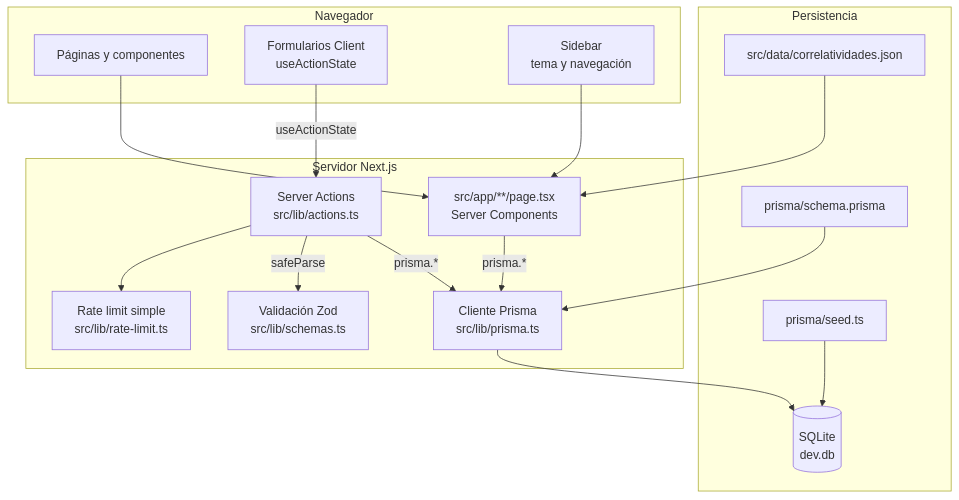
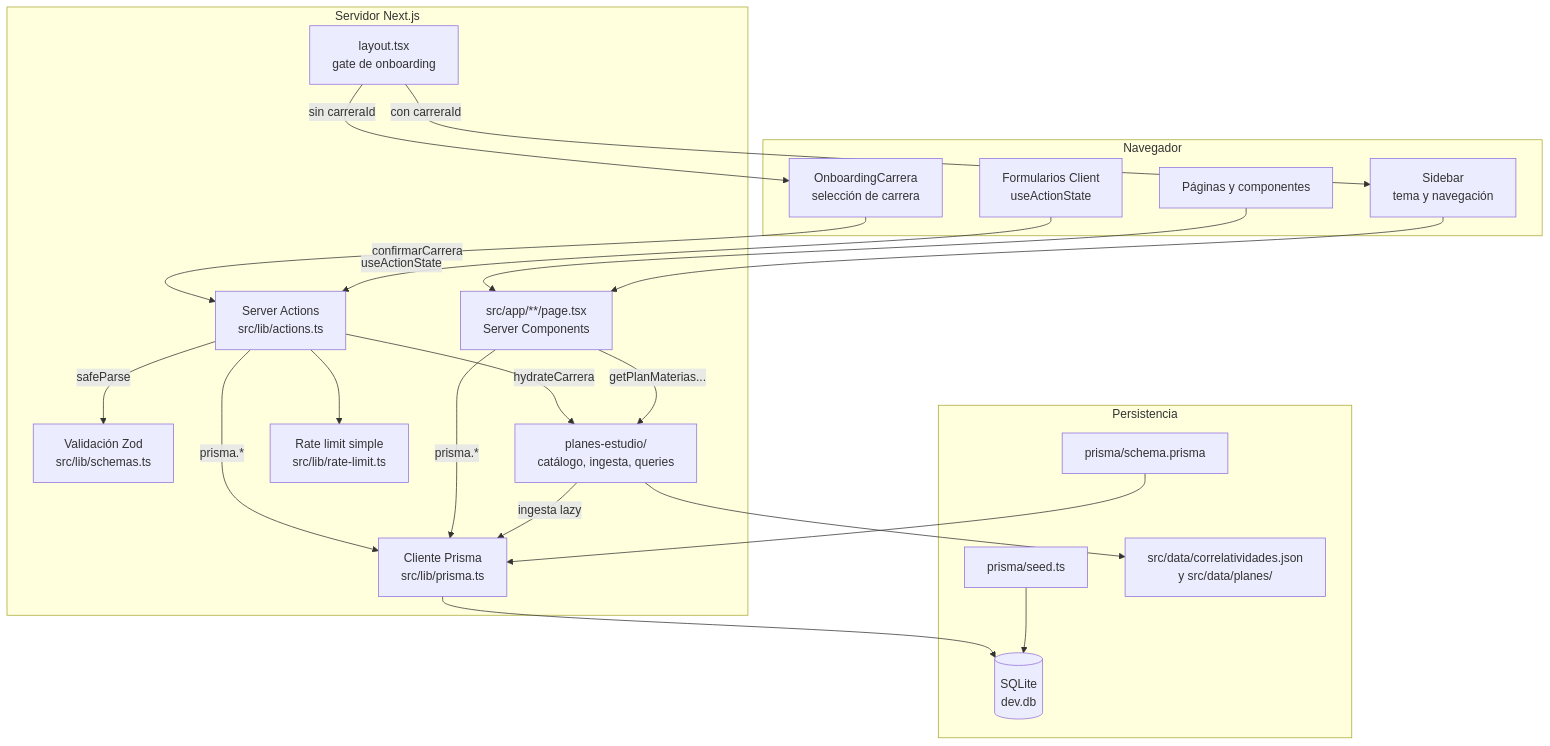
Before and after one commit to lautioliver/UcaNode: the diagram in wiki/Arquitectura.md, drawn with Mermaid. The commit also changed other lines of this file and 6 other files, not shown here.

First line of the commit message:
docs: actualizar README y wiki con onboarding y planes de estudio

````diff
--- a/wiki/Arquitectura.md
+++ b/wiki/Arquitectura.md
@@ -19,35 +21,44 @@
 ```mermaid
 flowchart TB
     subgraph Browser["Navegador"]
         UI["Páginas y componentes"]
+        Onboarding["OnboardingCarrera<br/>selección de carrera"]
         FormsUI["Formularios Client<br/>useActionState"]
         Sidebar["Sidebar<br/>tema y navegación"]
     end
 
     subgraph NextServer["Servidor Next.js"]
+        Layout["layout.tsx<br/>gate de onboarding"]
         Pages["src/app/**/page.tsx<br/>Server Components"]
         Actions["Server Actions<br/>src/lib/actions.ts"]
         Schemas["Validación Zod<br/>src/lib/schemas.ts"]
+        Planes["planes-estudio/<br/>catálogo, ingesta, queries"]
         PrismaLib["Cliente Prisma<br/>src/lib/prisma.ts"]
         RateLimit["Rate limit simple<br/>src/lib/rate-limit.ts"]
     end
 
     subgraph Data["Persistencia"]
         SchemaDef["prisma/schema.prisma"]
         DB[("SQLite<br/>dev.db")]
         Seed["prisma/seed.ts"]
-        Plan["src/data/correlatividades.json"]
+        PlanJSON["src/data/correlatividades.json<br/>y src/data/planes/"]
     end
 
+    Layout -->|"sin carreraId"| Onboarding
+    Onboarding -->|"confirmarCarrera"| Actions
+    Layout -->|"con carreraId"| Sidebar
     UI --> Pages
     Sidebar --> Pages
     FormsUI -->|"useActionState"| Actions
     Actions --> RateLimit
     Actions -->|"safeParse"| Schemas
+    Actions -->|"hydrateCarrera"| Planes
     Actions -->|"prisma.*"| PrismaLib
+    Pages -->|"getPlanMaterias..."| Planes
     Pages -->|"prisma.*"| PrismaLib
+    Planes --> PlanJSON
+    Planes -->|"ingesta lazy"| PrismaLib
     PrismaLib --> DB
     SchemaDef --> PrismaLib
     Seed --> DB
-    Plan --> Pages
 ```
````
